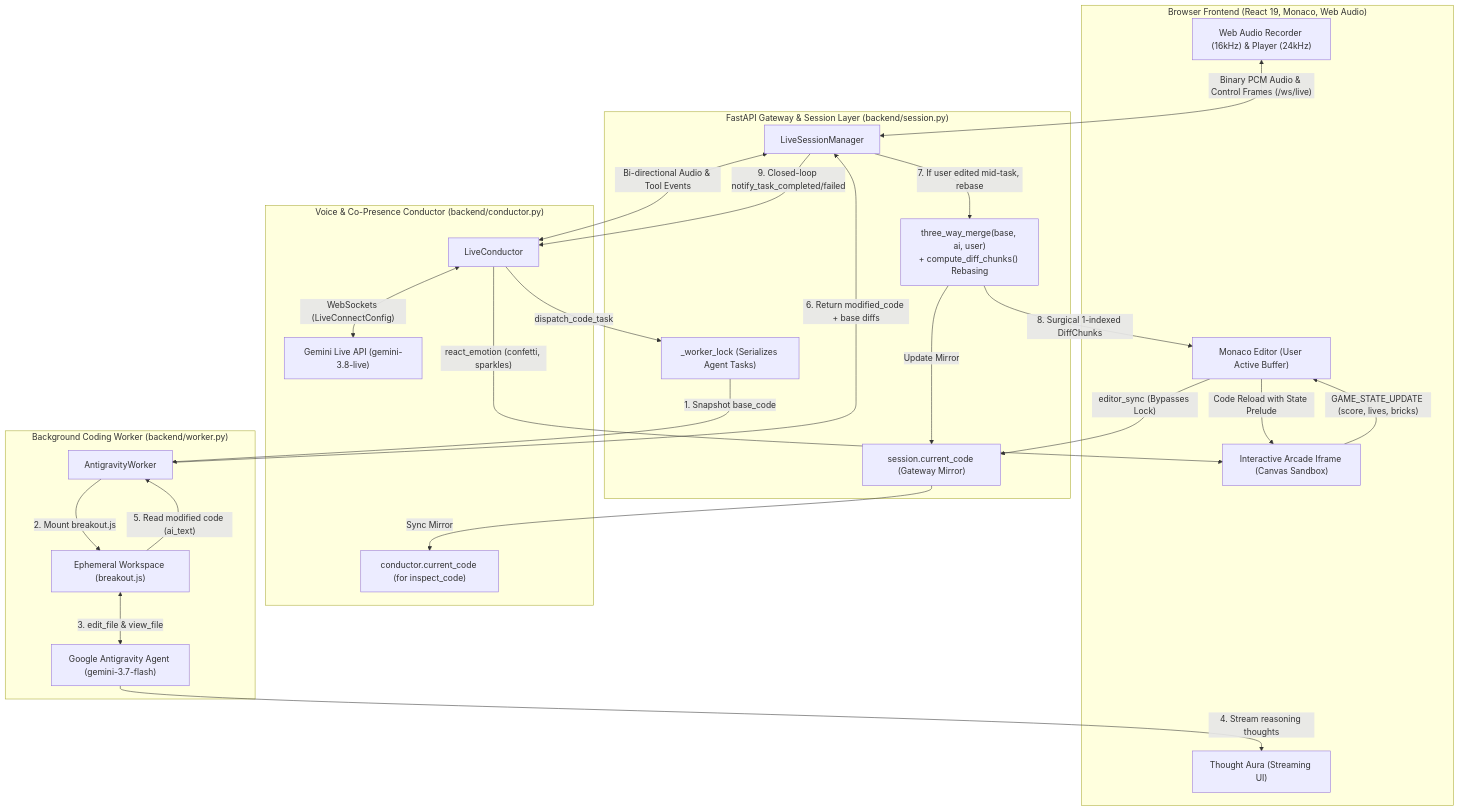
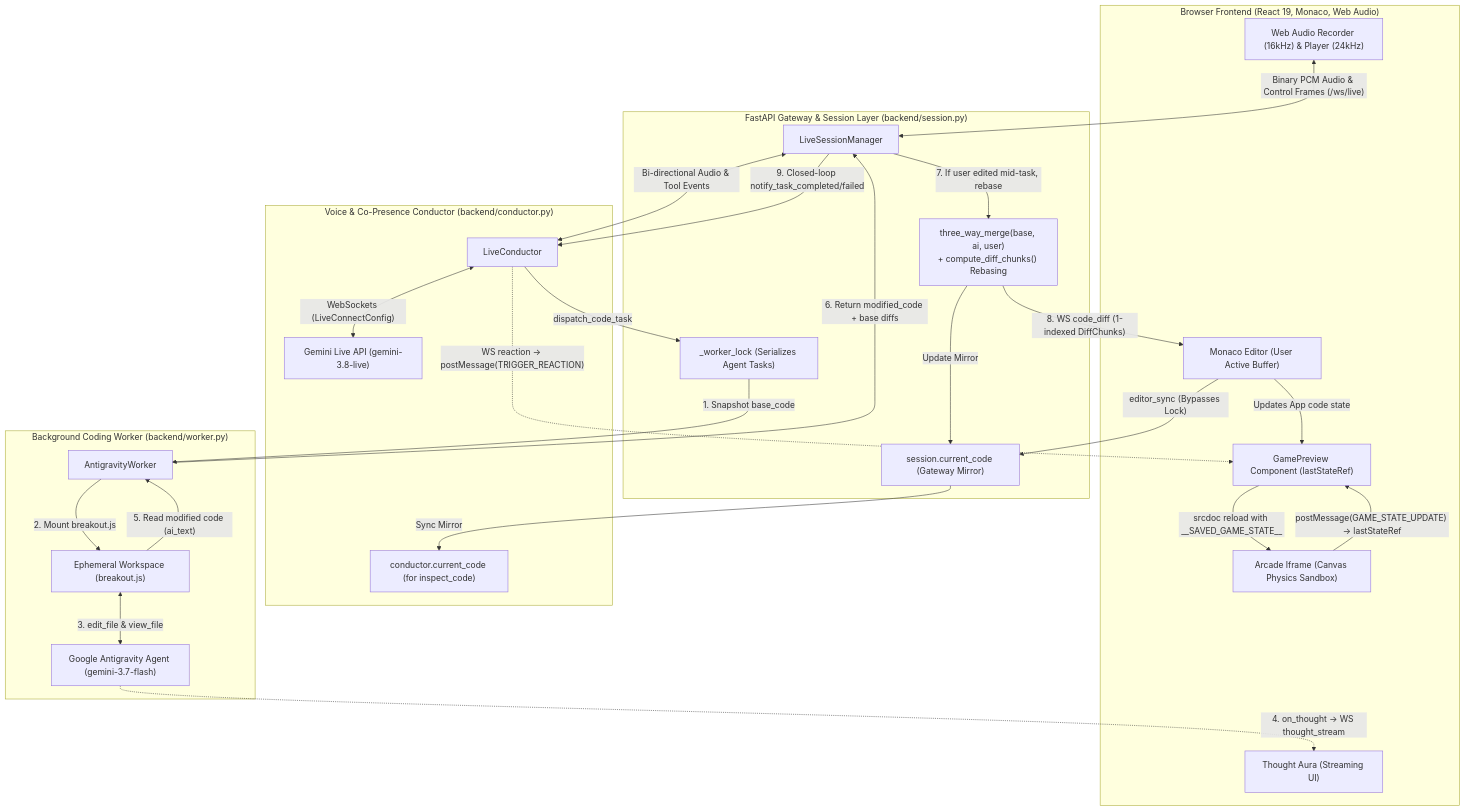
The diagram in README.md (AndrewMason7/gemini-player-2), drawn with Mermaid before and after one commit. The commit also changed 1 other file, not shown here.

Commit message:
docs(arch): sync BACKEND.md diagram with README and refine exact component hops

````diff
--- a/README.md
+++ b/README.md
@@ -23,55 +23,57 @@
 ```mermaid
 flowchart TD
     subgraph Frontend ["Browser Frontend (React 19, Monaco, Web Audio)"]
         Monaco["Monaco Editor (User Active Buffer)"]
-        Arcade["Interactive Arcade Iframe (Canvas Sandbox)"]
+        GamePreview["GamePreview Component (lastStateRef)"]
+        ArcadeIframe["Arcade Iframe (Canvas Physics Sandbox)"]
         ThoughtAura["Thought Aura (Streaming UI)"]
         AudioIO["Web Audio Recorder (16kHz) & Player (24kHz)"]
     end
 
     subgraph Gateway ["FastAPI Gateway & Session Layer (backend/session.py)"]
         Session["LiveSessionManager"]
         WorkerLock["_worker_lock (Serializes Agent Tasks)"]
         ThreeWayMerge["three_way_merge(base, ai, user)\n+ compute_diff_chunks() Rebasing"]
         SessionCode["session.current_code (Gateway Mirror)"]
     end
 
     subgraph ConductorEngine ["Voice & Co-Presence Conductor (backend/conductor.py)"]
         Conductor["LiveConductor"]
         ConductorMirror["conductor.current_code (for inspect_code)"]
         GeminiLive["Gemini Live API (gemini-3.8-live)"]
     end
 
     subgraph CodingEngine ["Background Coding Worker (backend/worker.py)"]
         Worker["AntigravityWorker"]
         Workspace["Ephemeral Workspace (breakout.js)"]
         FlashModel["Google Antigravity Agent (gemini-3.7-flash)"]
     end
 
     %% User Audio & Interaction Flow
     AudioIO <-->|"Binary PCM Audio & Control Frames (/ws/live)"| Session
     Monaco -->|"editor_sync (Bypasses Lock)"| SessionCode
     SessionCode -->|"Sync Mirror"| ConductorMirror
 
     %% Conductor & Live Voice Flow
     Session <-->|"Bi-directional Audio & Tool Events"| Conductor
     Conductor <-->|"WebSockets (LiveConnectConfig)"| GeminiLive
 
     %% Worker Execution & Concurrency Rebase Flow
     Conductor -->|"dispatch_code_task"| WorkerLock
     WorkerLock -->|"1. Snapshot base_code"| Worker
     Worker -->|"2. Mount breakout.js"| Workspace
     Workspace <-->|"3. edit_file & view_file"| FlashModel
-    FlashModel -->|"4. Stream reasoning thoughts"| ThoughtAura
+    FlashModel -.->|"4. on_thought -> WS thought_stream"| ThoughtAura
     Workspace -->|"5. Read modified code (ai_text)"| Worker
     Worker -->|"6. Return modified_code + base diffs"| Session
     Session -->|"7. If user edited mid-task, rebase"| ThreeWayMerge
-    ThreeWayMerge -->|"8. Surgical 1-indexed DiffChunks"| Monaco
+    ThreeWayMerge -->|"8. WS code_diff (1-indexed DiffChunks)"| Monaco
     ThreeWayMerge -->|"Update Mirror"| SessionCode
     Session -->|"9. Closed-loop notify_task_completed/failed"| Conductor
 
     %% Game Loop & State Restoration
-    Monaco -->|"Code Reload with State Prelude"| Arcade
-    Arcade -->|"GAME_STATE_UPDATE (score, lives, bricks)"| Monaco
-    Conductor -->|"react_emotion (confetti, sparkles)"| Arcade
+    Monaco -->|"Updates App code state"| GamePreview
+    GamePreview -->|"srcdoc reload with __SAVED_GAME_STATE__"| ArcadeIframe
+    ArcadeIframe -->|"postMessage(GAME_STATE_UPDATE) -> lastStateRef"| GamePreview
+    Conductor -.->|"WS reaction -> postMessage(TRIGGER_REACTION)"| GamePreview
 ```
````
